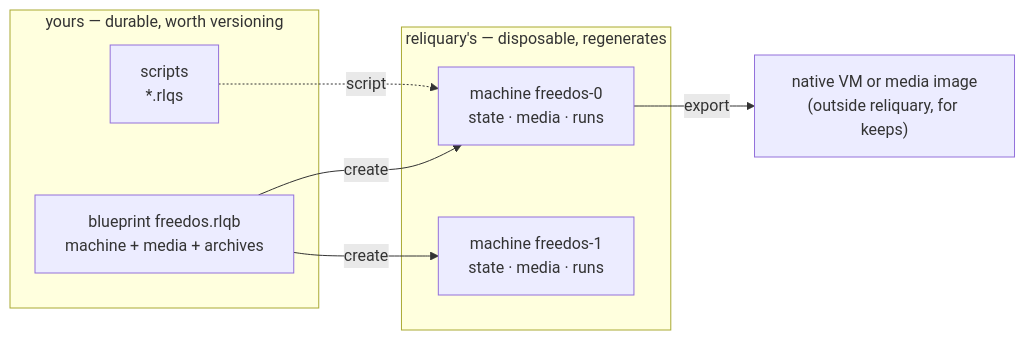
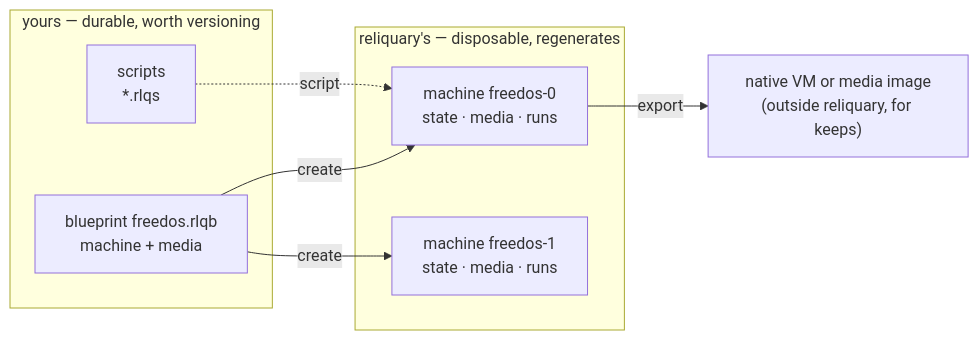
One commit to ferroteca/reliquary changed the first of 2 diagrams in planning/design/machine-blueprint.md. Above: the diagram before and after it, drawn with Mermaid. The commit also changed other lines of this file and 8 other files, not shown here.

````diff
--- a/planning/design/machine-blueprint.md
+++ b/planning/design/machine-blueprint.md
@@ -32,15 +32,15 @@
 ```mermaid
 flowchart LR
     subgraph yours["yours — durable, worth versioning"]
-        BP["blueprint freedos.rlqb<br/>machine + media + archives"]
+        BP["blueprint freedos.rlqb<br/>machine + media"]
         SCR["scripts<br/>*.rlqs"]
     end
     subgraph reliquarys["reliquary's — disposable, regenerates"]
         M1["machine freedos-0<br/>state · media · runs"]
         M2["machine freedos-1<br/>state · media · runs"]
     end
     BP -- "create" --> M1
     BP -- "create" --> M2
     SCR -. "script" .-> M1
     M1 -- "export" --> OUT["native VM or media image<br/>(outside reliquary, for keeps)"]
 ```
````
